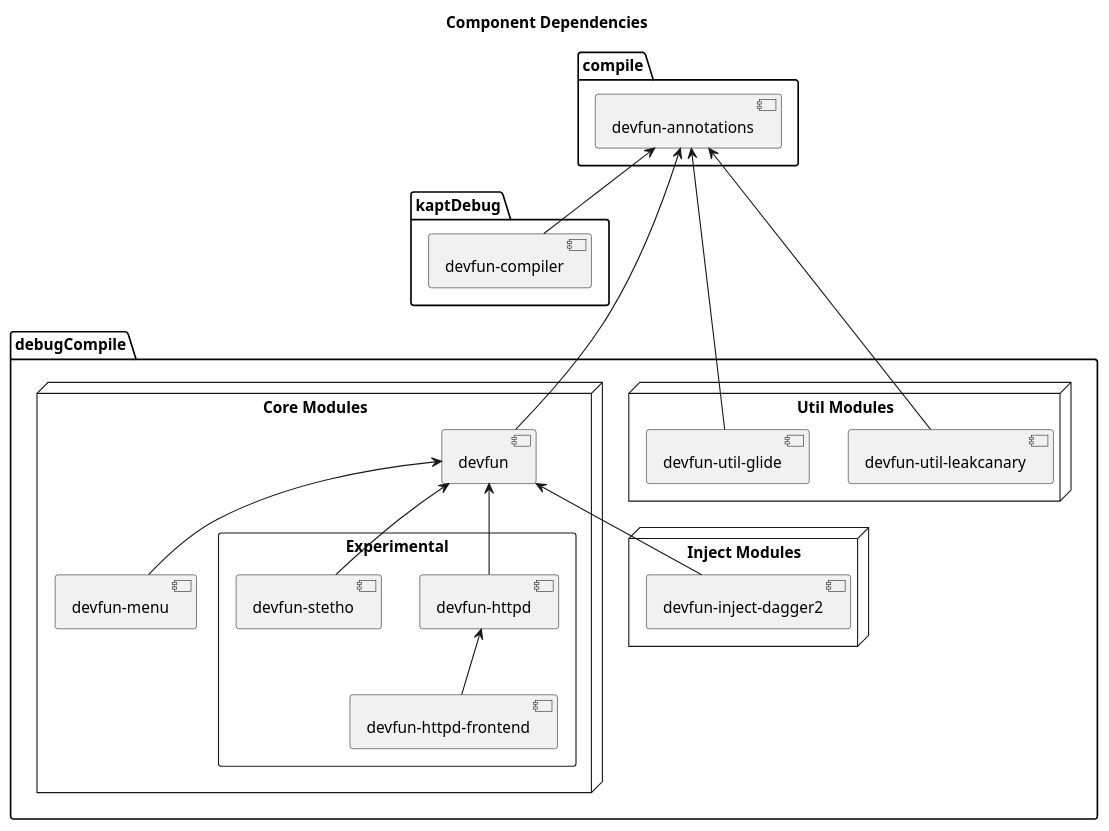
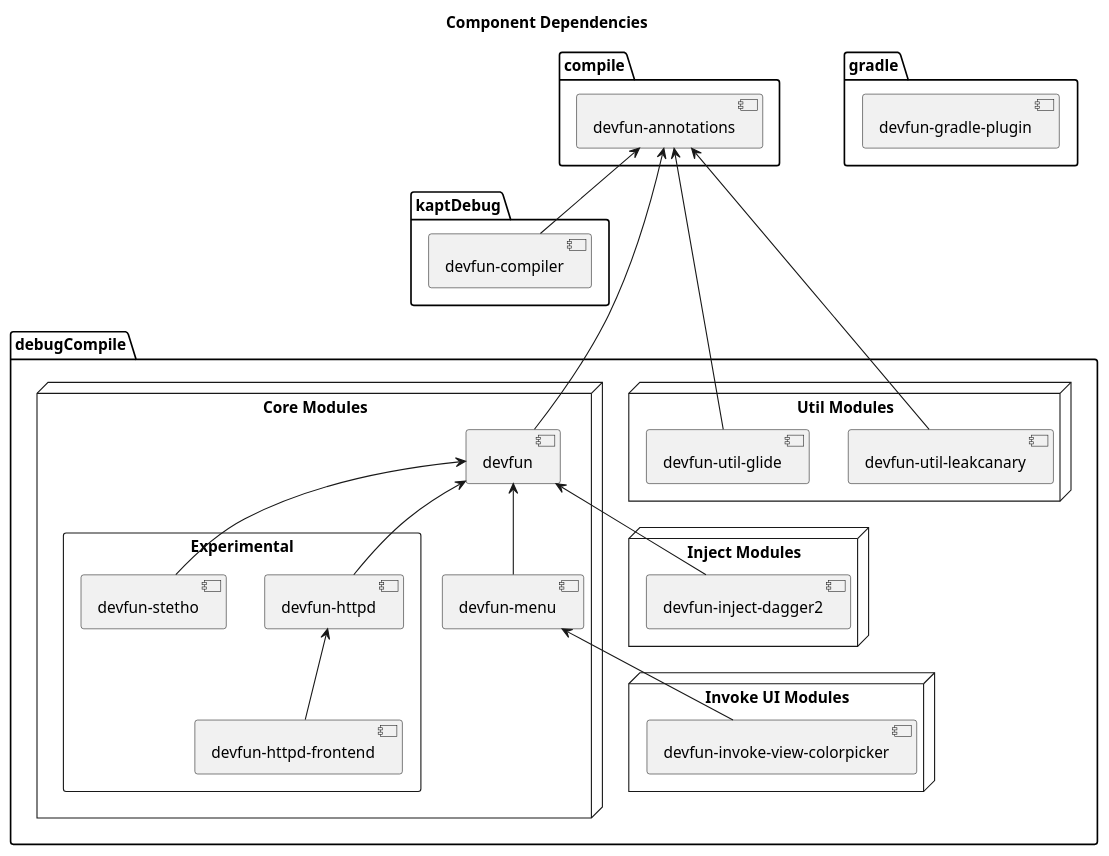
One commit to NextFaze/dev-fun changed the diagram in assets/uml/components.puml. Above: the diagram before and after it, drawn with PlantUML. The commit also changed 472 other files, not shown here.

```diff
--- a/assets/uml/components.puml
+++ b/assets/uml/components.puml
@@ -1,49 +1,58 @@
 @startuml
 skinparam componentStyle uml2
 
 title Component Dependencies
 
 package "compile" {
     [devfun-annotations] as Annotations [[https://nextfaze.github.io/dev-fun/]]
 }
 
 package "kaptDebug" {
     [devfun-compiler] as Compiler [[https://nextfaze.github.io/dev-fun/]]
     Annotations <-- Compiler
 }
 
 package "debugCompile" {
     node "Core Modules" {
         [devfun] as DevFun [[https://nextfaze.github.io/dev-fun/]]
         Annotations <-- DevFun
 
         [devfun-menu] as Menu [[https://nextfaze.github.io/dev-fun/]]
         DevFun <-- Menu
 
         rectangle "Experimental" {
             [devfun-httpd] as HttpD [[https://nextfaze.github.io/dev-fun/]]
             DevFun <-- HttpD
 
             [devfun-httpd-frontend] as HttpD_FrontEnd [[https://nextfaze.github.io/dev-fun/]]
             HttpD <-down- HttpD_FrontEnd
 
             [devfun-stetho] as Stetho [[https://nextfaze.github.io/dev-fun/]]
             DevFun <-- Stetho
         }
     }
 
     node "Util Modules" {
         [devfun-util-glide] as Util_Glide [[https://nextfaze.github.io/dev-fun/]]
         Annotations <--- Util_Glide
 
         [devfun-util-leakcanary] as Util_LeakCanary [[https://nextfaze.github.io/dev-fun/]]
         Annotations <-- Util_LeakCanary
     }
 
     node "Inject Modules" {
         [devfun-inject-dagger2] as Inject_Dagger2 [[https://nextfaze.github.io/dev-fun/]]
         DevFun <-- Inject_Dagger2
     }
+
+    node "Invoke UI Modules" {
+        [devfun-invoke-view-colorpicker] as Invoke_View_ColorPicker [[https://nextfaze.github.io/dev-fun/]]
+        Menu <-- Invoke_View_ColorPicker
+    }
+}
+
+package "gradle" {
+    [devfun-gradle-plugin] as Gradle_Plugin [[https://nextfaze.github.io/dev-fun/]]
 }
 
 @enduml
```
